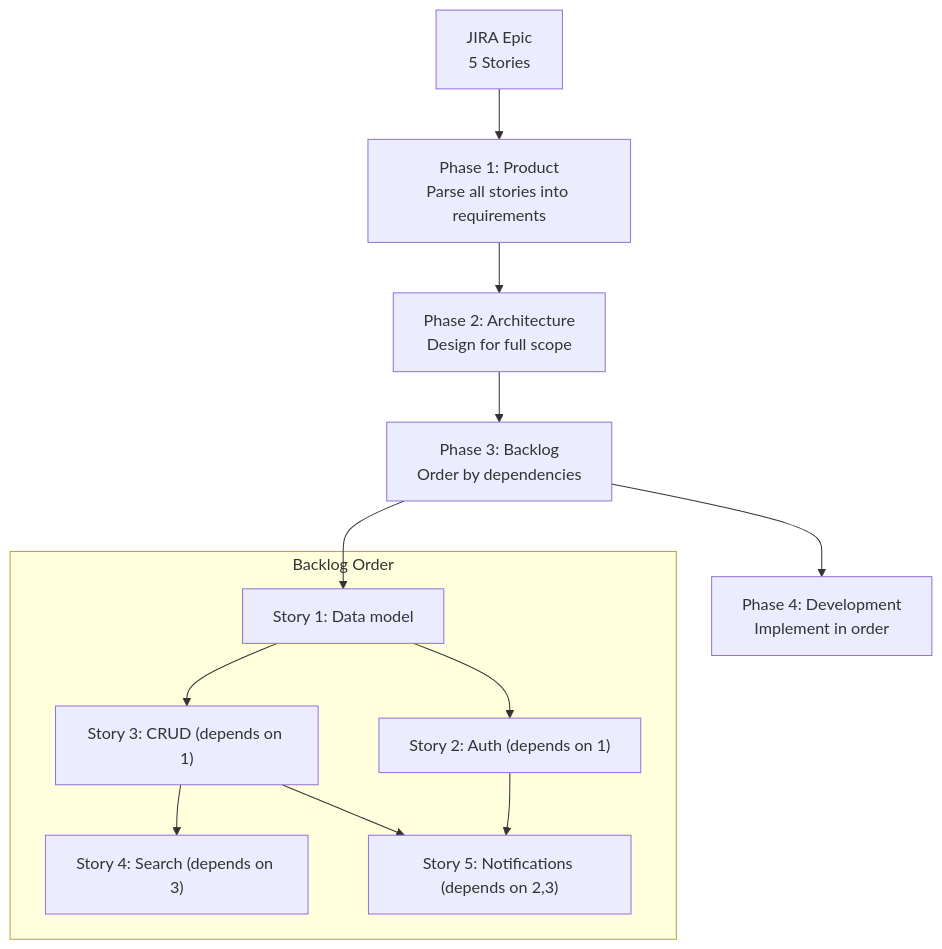
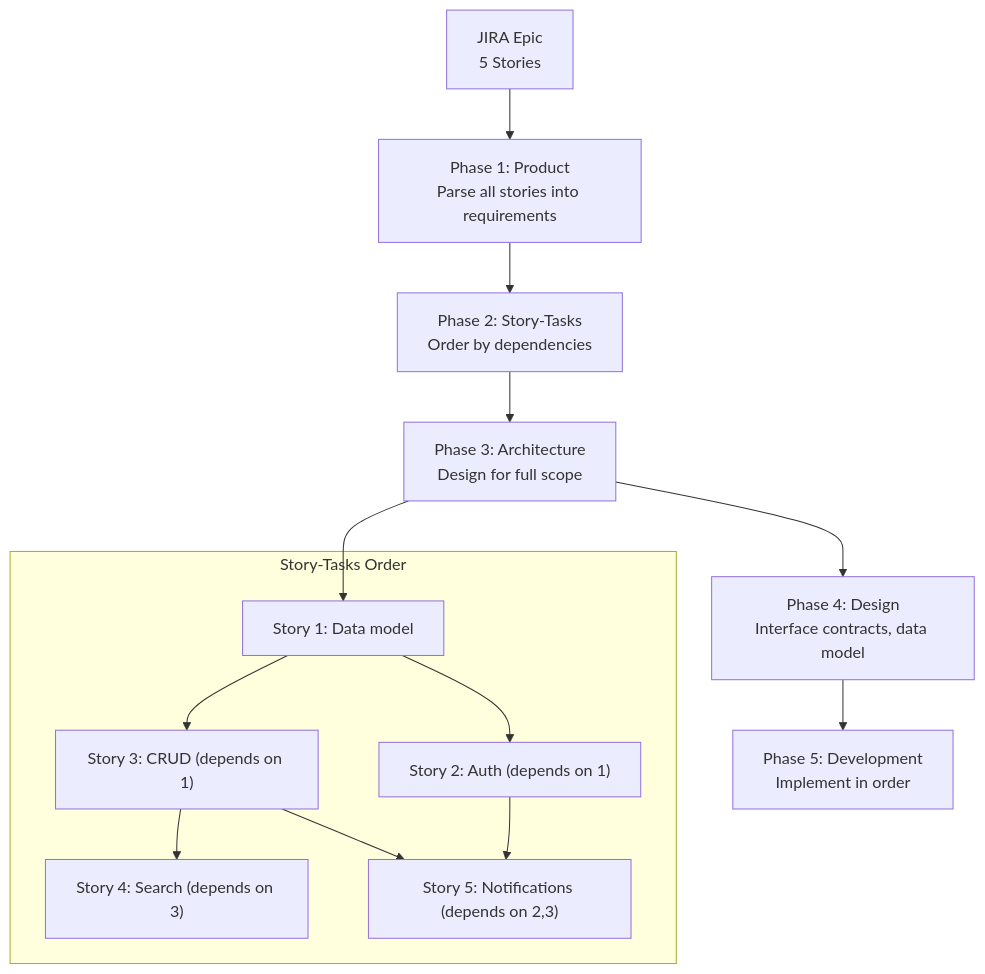
Before and after one commit to bitbitcodes/autonomous-sdlc: the second of 3 diagrams in docs/jira-workflow.md, drawn with Mermaid. The commit also changed other lines of this file and 66 other files, not shown here.

````diff
--- a/docs/jira-workflow.md
+++ b/docs/jira-workflow.md
@@ -241,20 +242,21 @@
 ```mermaid
 flowchart TD
     EPIC["JIRA Epic<br/>5 Stories"] --> P1["Phase 1: Product<br/>Parse all stories into requirements"]
-    P1 --> P2["Phase 2: Architecture<br/>Design for full scope"]
-    P2 --> P3["Phase 3: Backlog<br/>Order by dependencies"]
-    P3 --> P4["Phase 4: Development<br/>Implement in order"]
+    P1 --> P2["Phase 2: Story-Tasks<br/>Order by dependencies"]
+    P2 --> P3["Phase 3: Architecture<br/>Design for full scope"]
+    P3 --> P4["Phase 4: Design<br/>Interface contracts, data model"]
+    P4 --> P5["Phase 5: Development<br/>Implement in order"]
 
-    subgraph "Backlog Order"
+    subgraph "Story-Tasks Order"
         T1["Story 1: Data model"]
         T2["Story 2: Auth (depends on 1)"]
         T3["Story 3: CRUD (depends on 1)"]
         T4["Story 4: Search (depends on 3)"]
         T5["Story 5: Notifications (depends on 2,3)"]
         T1 --> T2 & T3
         T3 --> T4
         T2 & T3 --> T5
     end
 
     P3 --> T1
 ```
````
